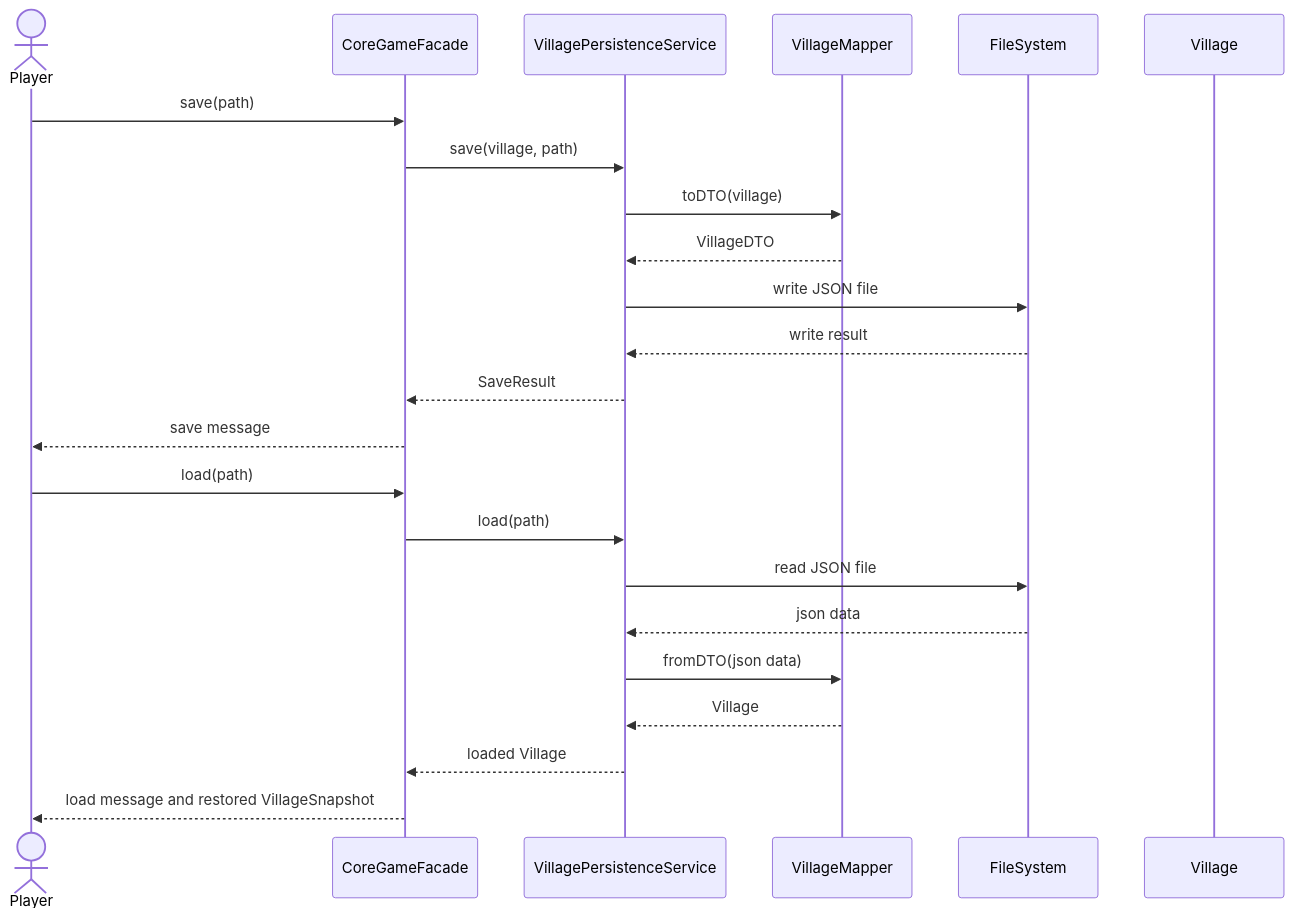
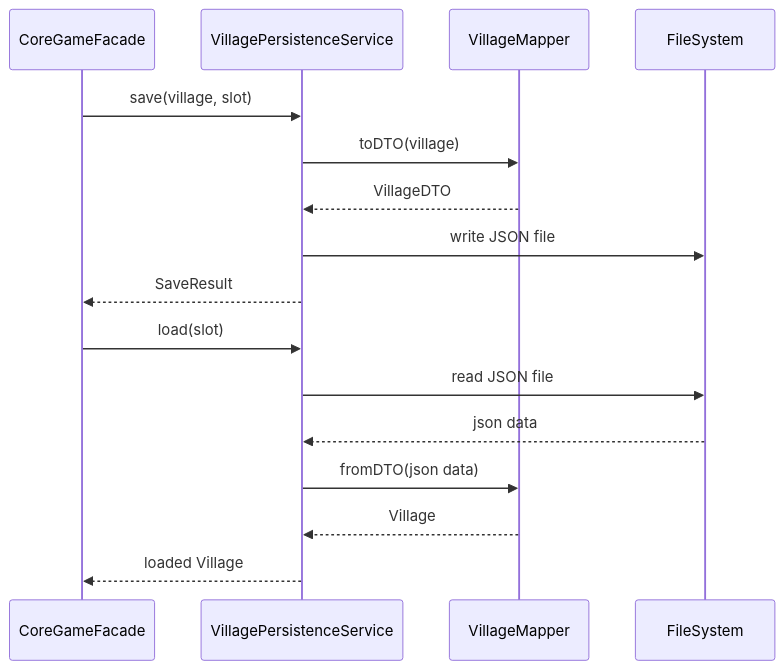
Diagram 14 of 14 in docs/DesignDocument.md (edope704/DaimyoSimulator), drawn with Mermaid before and after one commit. The commit also changed other lines of this file, not shown here.

````diff
--- a/docs/DesignDocument.md
+++ b/docs/DesignDocument.md
@@ -873,27 +455,20 @@
 ```mermaid
 sequenceDiagram
-    actor Player
     participant C as CoreGameFacade
     participant P as VillagePersistenceService
     participant M as VillageMapper
     participant FS as FileSystem
-    participant V as Village
 
-    Player->>C: save(path)
-    C->>P: save(village, path)
+    C->>P: save(village, slot)
     P->>M: toDTO(village)
     M-->>P: VillageDTO
     P->>FS: write JSON file
-    FS-->>P: write result
     P-->>C: SaveResult
-    C-->>Player: save message
 
-    Player->>C: load(path)
-    C->>P: load(path)
+    C->>P: load(slot)
     P->>FS: read JSON file
     FS-->>P: json data
     P->>M: fromDTO(json data)
     M-->>P: Village
     P-->>C: loaded Village
-    C-->>Player: load message and restored VillageSnapshot
 ```
````
